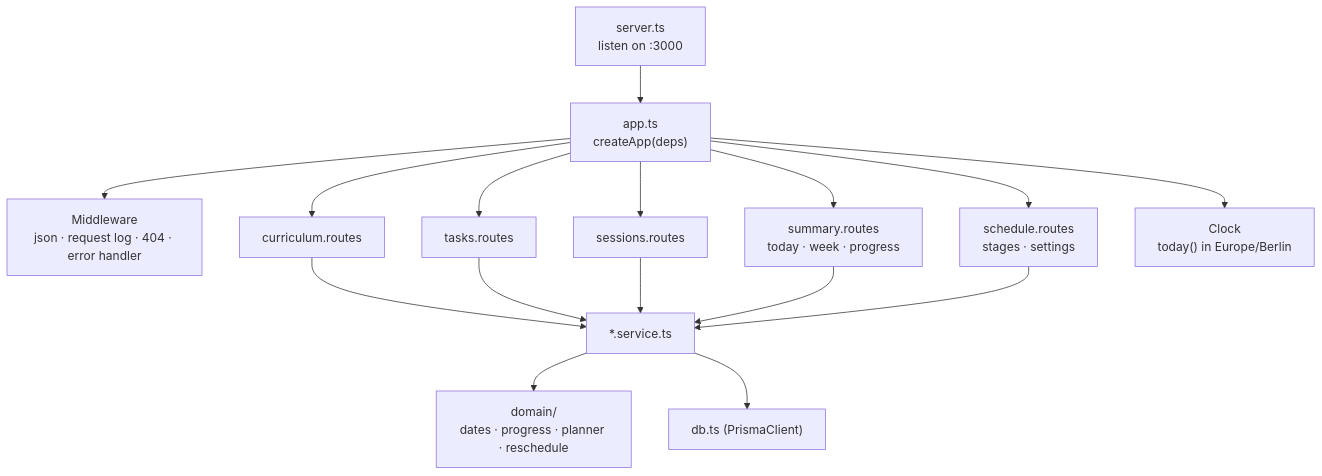
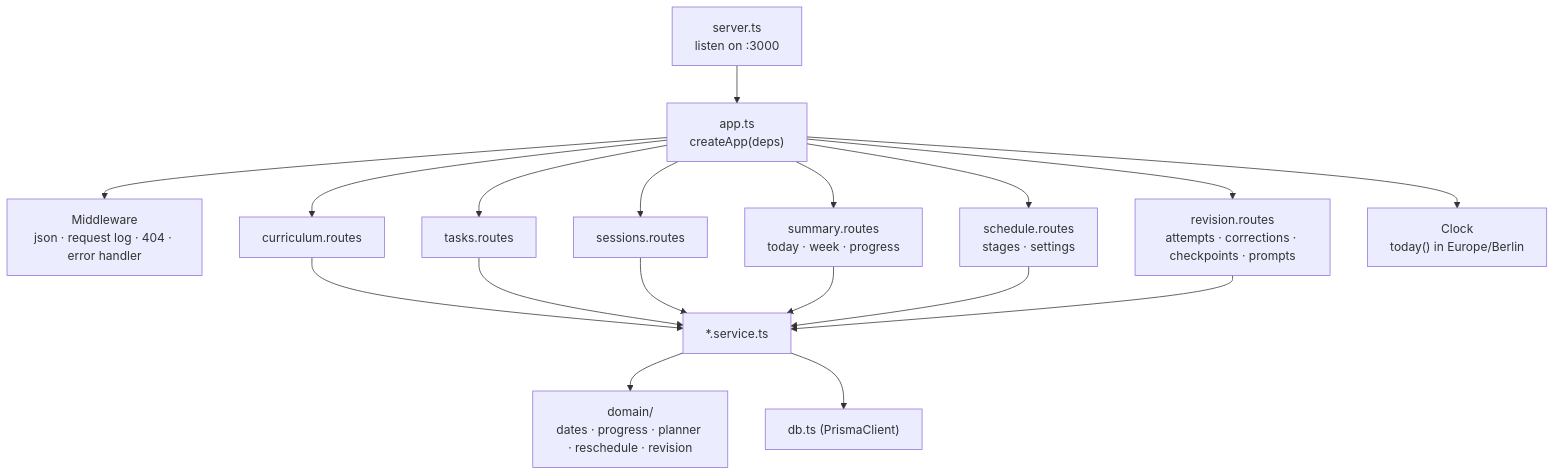
The fourth of 10 diagrams in docs/HLD.md (Abinash-Anand/Blueprint), drawn with Mermaid before and after one commit. The commit also changed other lines of this file and 46 other files, not shown here.

````diff
--- a/docs/HLD.md
+++ b/docs/HLD.md
@@ -109,14 +114,15 @@
 ```mermaid
 flowchart TB
   SRV["server.ts<br/>listen on :3000"] --> APP["app.ts<br/>createApp(deps)"]
   APP --> MW["Middleware<br/>json · request log · 404 · error handler"]
   APP --> R1["curriculum.routes"]
   APP --> R2["tasks.routes"]
   APP --> R3["sessions.routes"]
   APP --> R4["summary.routes<br/>today · week · progress"]
   APP --> R5["schedule.routes<br/>stages · settings"]
-  R1 & R2 & R3 & R4 & R5 --> S["*.service.ts"]
-  S --> D["domain/<br/>dates · progress · planner · reschedule"]
+  APP --> R6["revision.routes<br/>attempts · corrections · checkpoints · prompts"]
+  R1 & R2 & R3 & R4 & R5 & R6 --> S["*.service.ts"]
+  S --> D["domain/<br/>dates · progress · planner · reschedule · revision"]
   S --> P["db.ts (PrismaClient)"]
   APP --> CLK["Clock<br/>today() in Europe/Berlin"]
 ```
````
